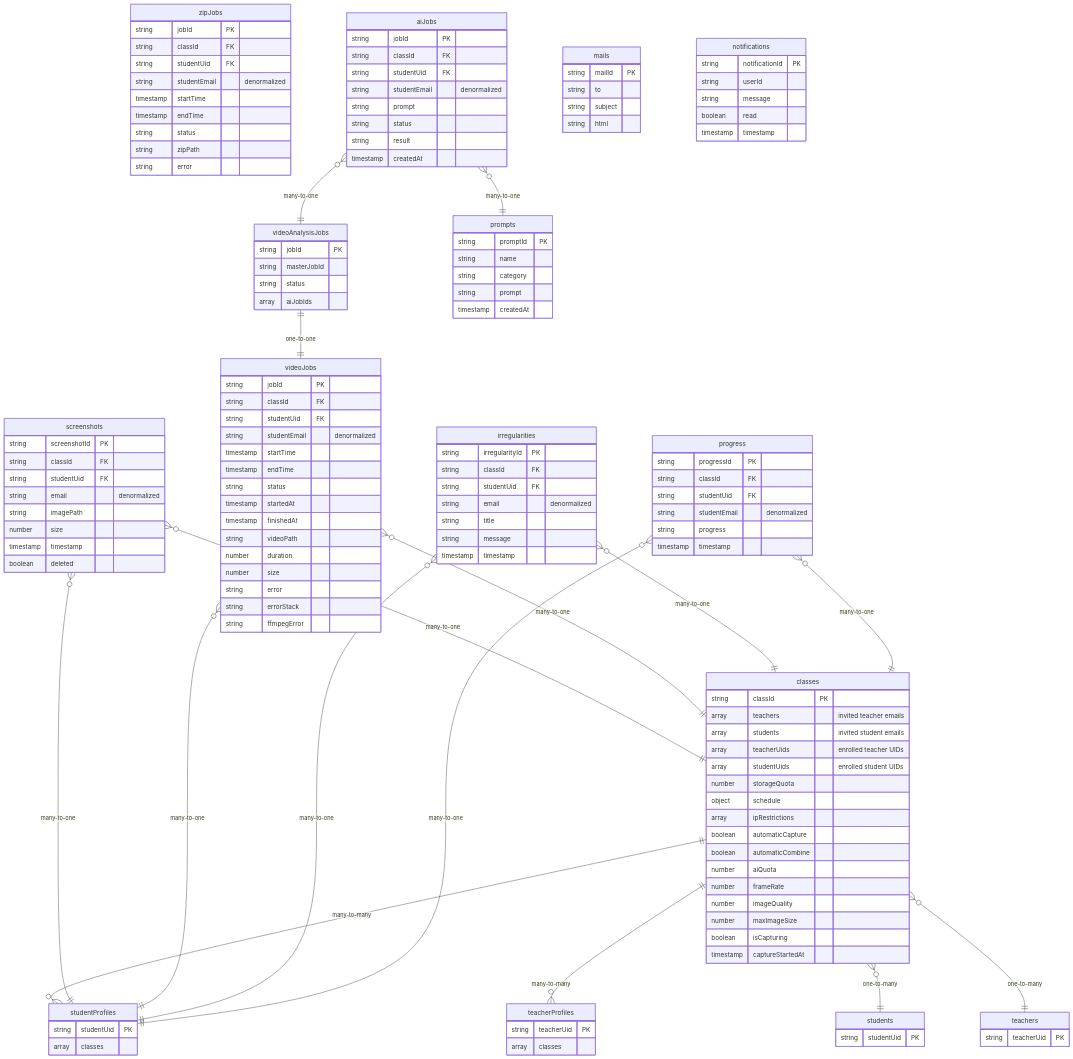
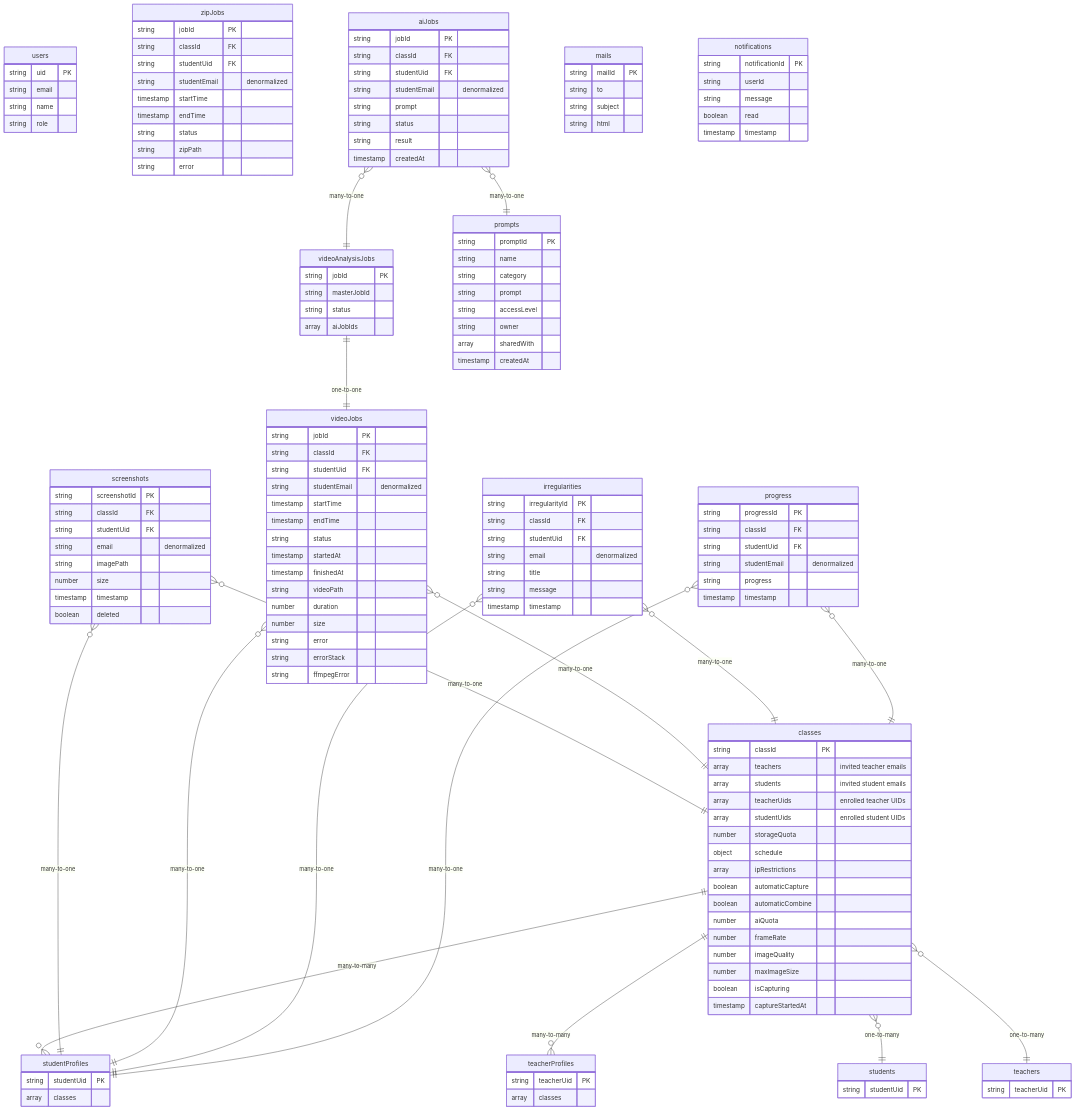
The diagram in docs/firestore-schema.md (wongcyrus/Gemini-AI-Classroom-Assistant), drawn with Mermaid before and after one commit. The commit also changed other lines of this file and 1 other file, not shown here.

````diff
--- a/docs/firestore-schema.md
+++ b/docs/firestore-schema.md
@@ -7,5 +7,12 @@
 ```mermaid
 erDiagram
+    users {
+        string uid PK
+        string email
+        string name
+        string role
+    }
+
     classes {
         string classId PK
         array teachers "invited teacher emails"
@@ -141,6 +148,9 @@
         string name
         string category
         string prompt
+        string accessLevel
+        string owner
+        array sharedWith
         timestamp createdAt
     }
 
````
